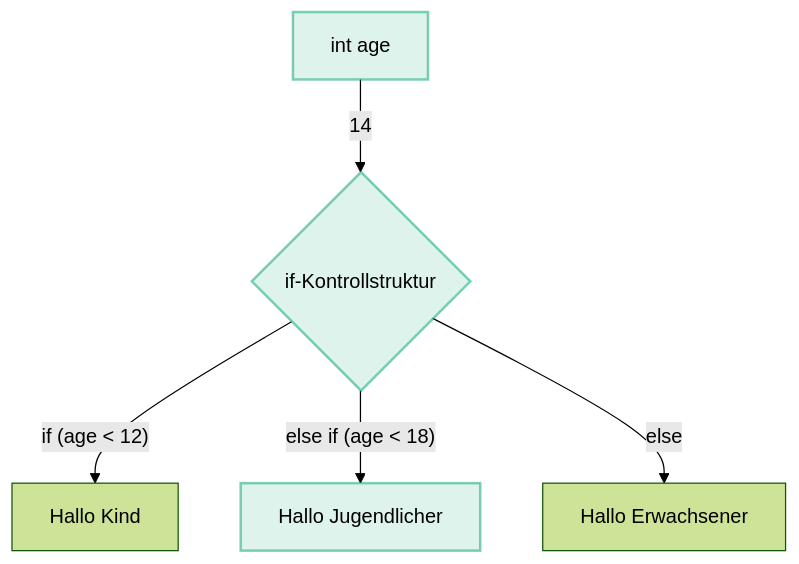
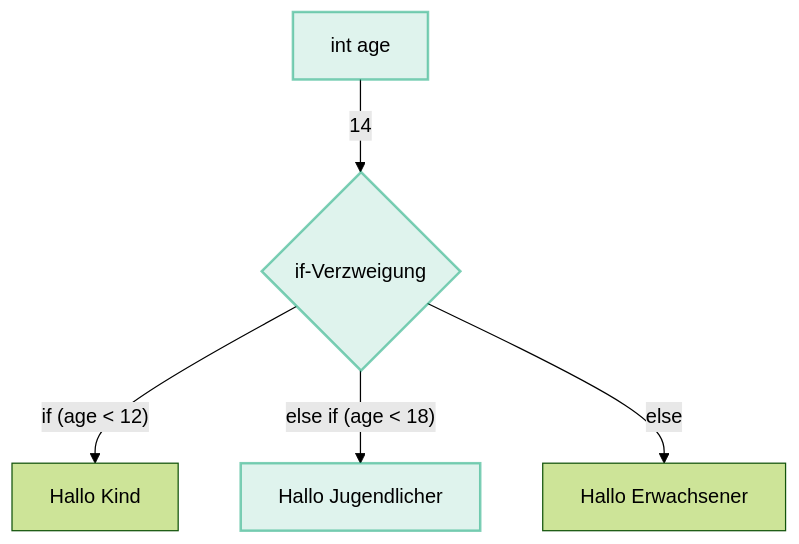
Before and after one commit to codingluke/bbzbl-modul-319: the second of 2 diagrams in docs/woche03/3a-konditionen/if-kontrollstruktur.md, drawn with Mermaid (forest theme). The commit also changed other lines of this file and 10 other files, not shown here.

````diff
--- a/docs/woche03/3a-konditionen/if-kontrollstruktur.md
+++ b/docs/woche03/3a-konditionen/if-kontrollstruktur.md
@@ -141,11 +141,11 @@
 ```mermaid
 flowchart TD
-    A[int age] -->|14| B{if-Kontrollstruktur}
+    A[int age] -->|14| B{if-Verzweigung}
     B -->|"if (age < 12)"| D[Hallo Kind]
     B -->|"else if (age < 18)"| E[Hallo Jugendlicher]
     B -->|else| F[Hallo Erwachsener]
 
     style A fill:#00A17020,stroke:#00A17080,stroke-width:2px
     style B fill:#00A17020,stroke:#00A17080,stroke-width:2px
     style E fill:#00A17020,stroke:#00A17080,stroke-width:2px
 ```
````
